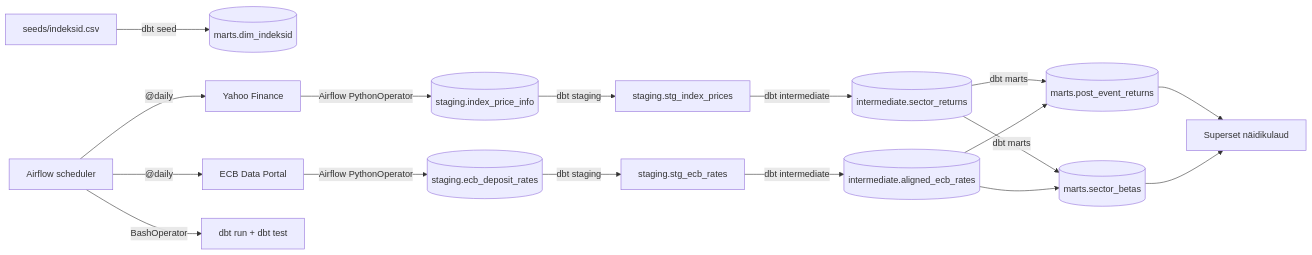
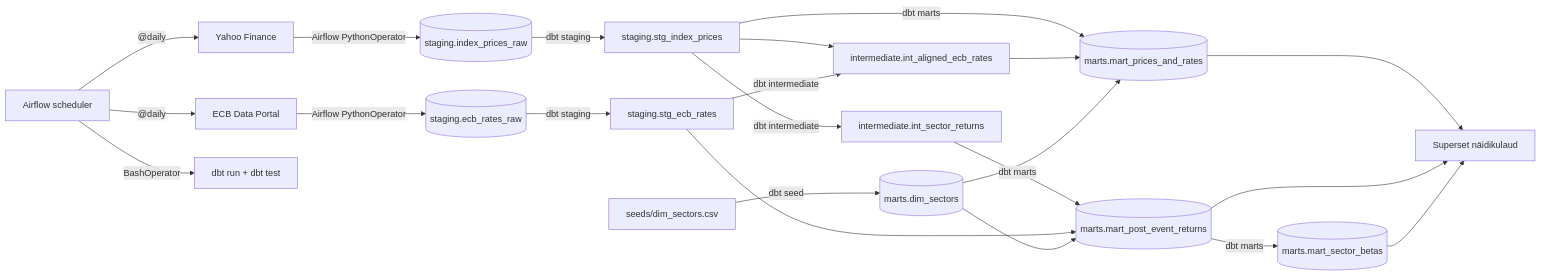
The diagram in docs/arhitektuur.md (meierliis-arch/ecb-intressimaarad-ja-sektorite-aktsiatootlus), drawn with Mermaid before and after one commit. The commit also changed other lines of this file and 2 other files, not shown here.

Commit message:
updated arhitektuur progress & README

````diff
--- a/docs/arhitektuur.md
+++ b/docs/arhitektuur.md
@@ -24,19 +24,24 @@
 ```mermaid
 flowchart LR
-    seeds[seeds/indeksid.csv] -->|dbt seed| dim[(marts.dim_indeksid)]
-    yf[Yahoo Finance] -->|Airflow PythonOperator| raw_p[(staging.index_price_info)]
-    ecb[ECB Data Portal] -->|Airflow PythonOperator| raw_r[(staging.ecb_deposit_rates)]
+    seeds[seeds/dim_sectors.csv] -->|dbt seed| dim[(marts.dim_sectors)]
+    yf[Yahoo Finance] -->|Airflow PythonOperator| raw_p[(staging.index_prices_raw)]
+    ecb[ECB Data Portal] -->|Airflow PythonOperator| raw_r[(staging.ecb_rates_raw)]
     raw_p -->|dbt staging| stg_p[staging.stg_index_prices]
     raw_r -->|dbt staging| stg_r[staging.stg_ecb_rates]
-    stg_p -->|dbt intermediate| int_ret[(intermediate.sector_returns)]
-    stg_r -->|dbt intermediate| int_al[(intermediate.aligned_ecb_rates)]
-    int_ret -->|dbt marts| mart_post30[(marts.post_event_returns)]
-    int_ret -->|dbt marts| mart_beta[(marts.sector_betas)]
-    int_al --> mart_post30
-    int_al --> mart_beta
-    mart_post30 --> superset[Superset näidikulaud]
+    stg_p -->|dbt intermediate| int_ret[intermediate.int_sector_returns]
+    stg_p --> int_al[intermediate.int_aligned_ecb_rates]
+    stg_r -->|dbt intermediate| int_al
+    stg_p -->|dbt marts| mart_pr[(marts.mart_prices_and_rates)]
+    int_al --> mart_pr
+    dim --> mart_pr
+    int_ret -->|dbt marts| mart_post30[(marts.mart_post_event_returns)]
+    stg_r --> mart_post30
+    dim --> mart_post30
+    mart_post30 -->|dbt marts| mart_beta[(marts.mart_sector_betas)]
+    mart_pr --> superset[Superset näidikulaud]
+    mart_post30 --> superset
     mart_beta --> superset
     airflow[Airflow scheduler] -->|"@daily"| yf
     airflow -->|"@daily"| ecb
     airflow -->|BashOperator| dbt[dbt run + dbt test]
 ```
````
